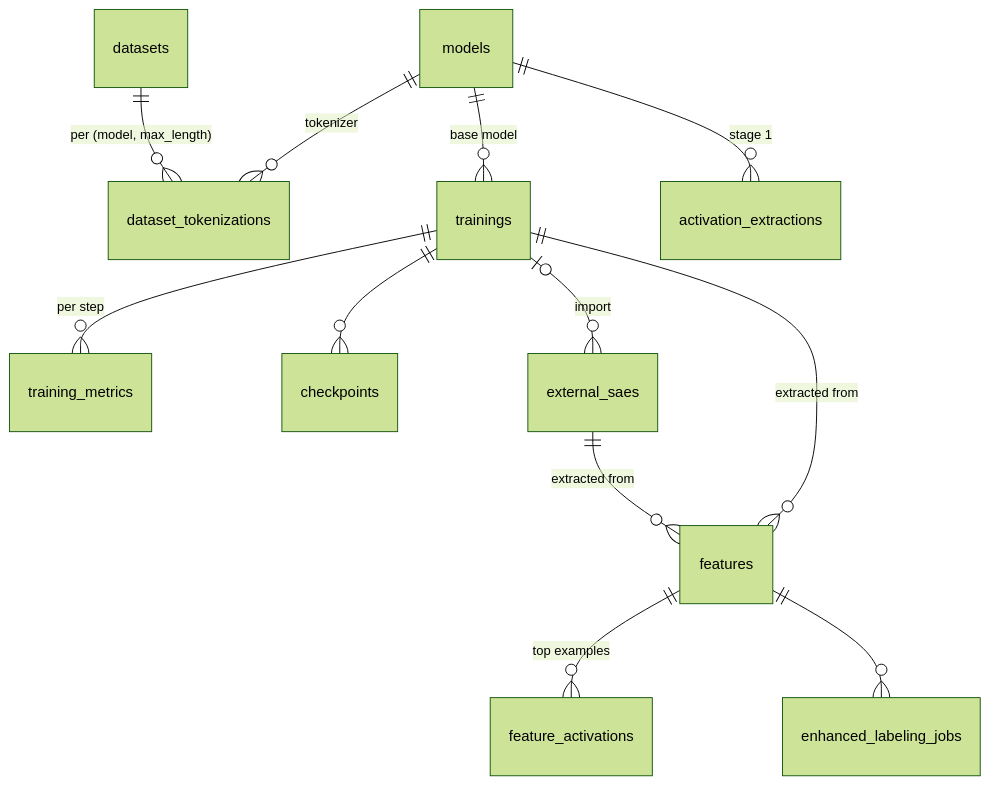
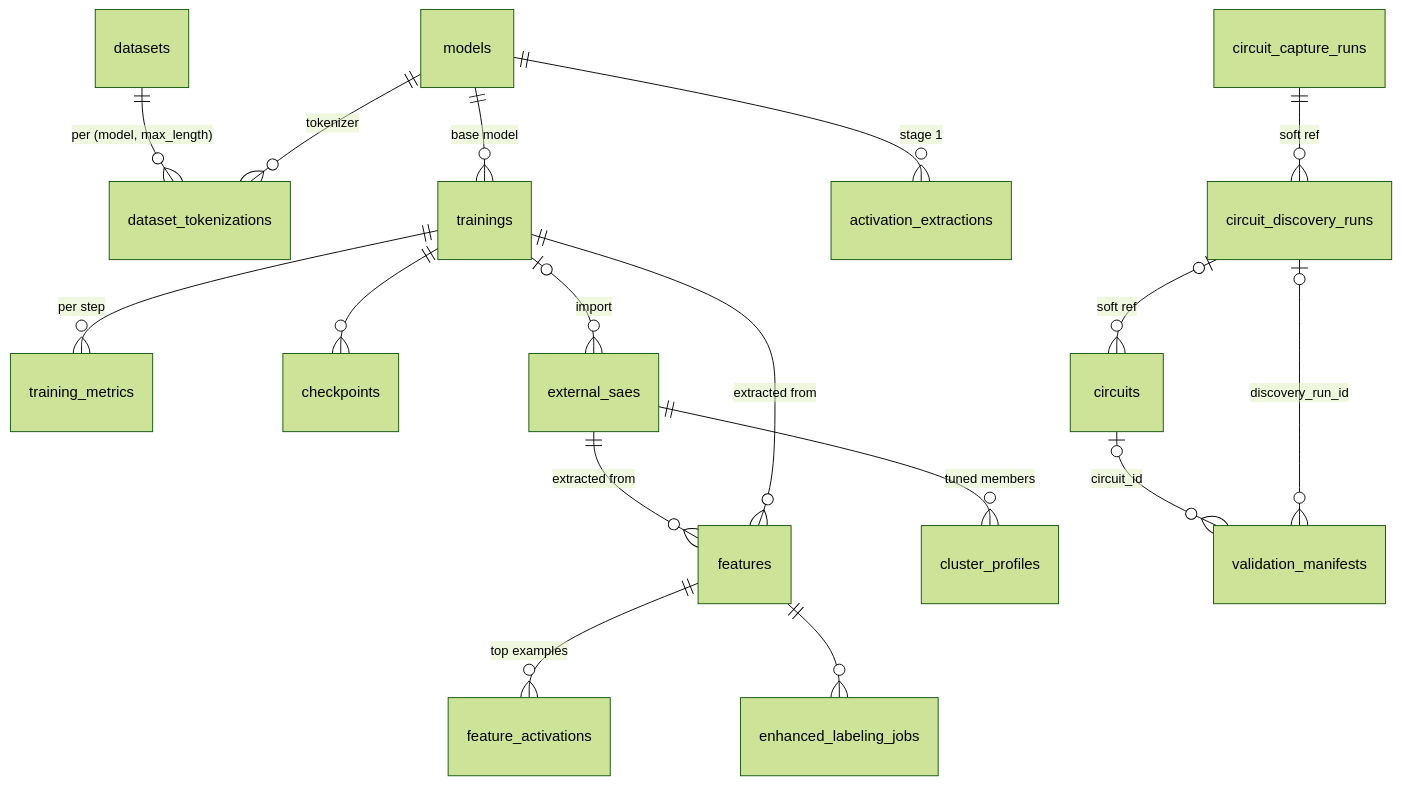
One commit to Onegaishimas/miStudio changed the diagram in manual/docs/reference/data-model.md. Above: the diagram before and after it, drawn with Mermaid (forest theme). The commit also changed other lines of this file and 15 other files, not shown here.

````diff
--- a/manual/docs/reference/data-model.md
+++ b/manual/docs/reference/data-model.md
@@ -11,14 +11,19 @@
 ```mermaid
 erDiagram
     datasets ||--o{ dataset_tokenizations : "per (model, max_length)"
     models ||--o{ dataset_tokenizations : tokenizer
     models ||--o{ trainings : "base model"
     models ||--o{ activation_extractions : "stage 1"
     trainings ||--o{ training_metrics : "per step"
     trainings ||--o{ checkpoints : ""
     trainings |o--o{ external_saes : "import"
     external_saes ||--o{ features : "extracted from"
     trainings ||--o{ features : "extracted from"
     features ||--o{ feature_activations : "top examples"
     features ||--o{ enhanced_labeling_jobs : ""
+    external_saes ||--o{ cluster_profiles : "tuned members"
+    circuit_capture_runs ||--o{ circuit_discovery_runs : "soft ref"
+    circuit_discovery_runs |o--o{ circuits : "soft ref"
+    circuits |o--o{ validation_manifests : "circuit_id"
+    circuit_discovery_runs |o--o{ validation_manifests : "discovery_run_id"
 ```
````
